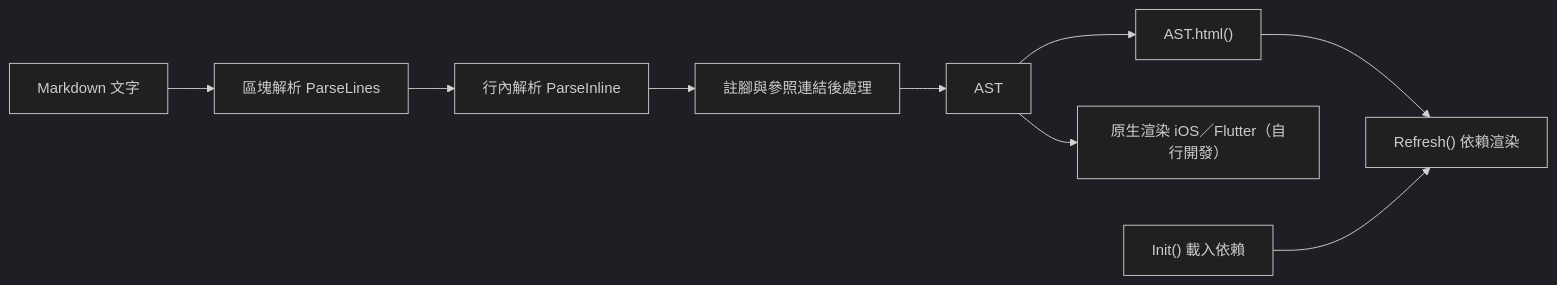
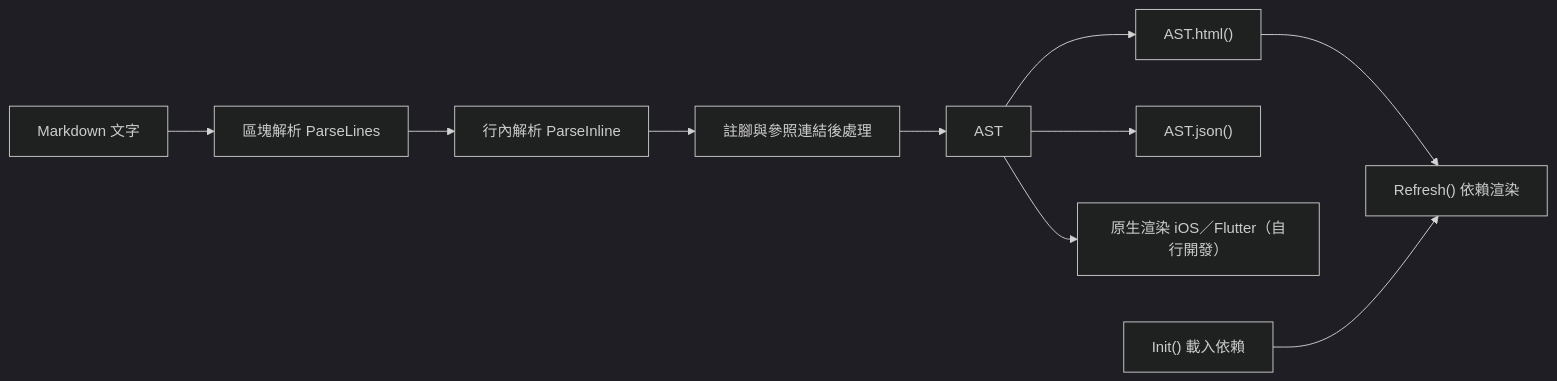
The diagram in doc/README.zh.md (pardnchiu/NanoMD), drawn with Mermaid (dark theme) before and after one commit. The commit also changed other lines of this file and 14 other files, not shown here.

Commit message:
doc: Document hashtag links, AST.json() and table scrolling, rebuild dist

````diff
--- a/doc/README.zh.md
+++ b/doc/README.zh.md
@@ -57,11 +57,12 @@
 ```mermaid
 graph LR
     Input[Markdown 文字] --> Block[區塊解析 ParseLines]
     Block --> Inline[行內解析 ParseInline]
     Inline --> Post[註腳與參照連結後處理]
     Post --> AST[AST]
     AST --> HTML["AST.html()"]
+    AST --> JSON["AST.json()"]
     AST --> Native[原生渲染 iOS／Flutter（自行開發）]
     HTML --> Refresh["Refresh() 依賴渲染"]
     Init["Init() 載入依賴"] --> Refresh
 ```
````
